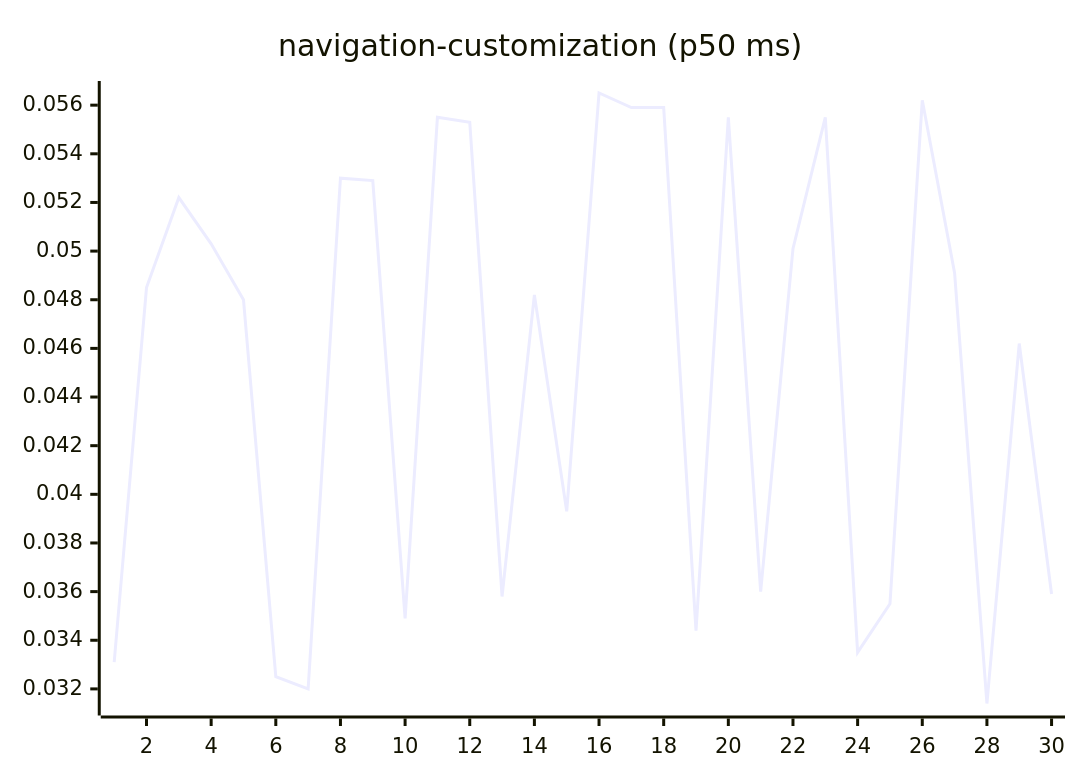
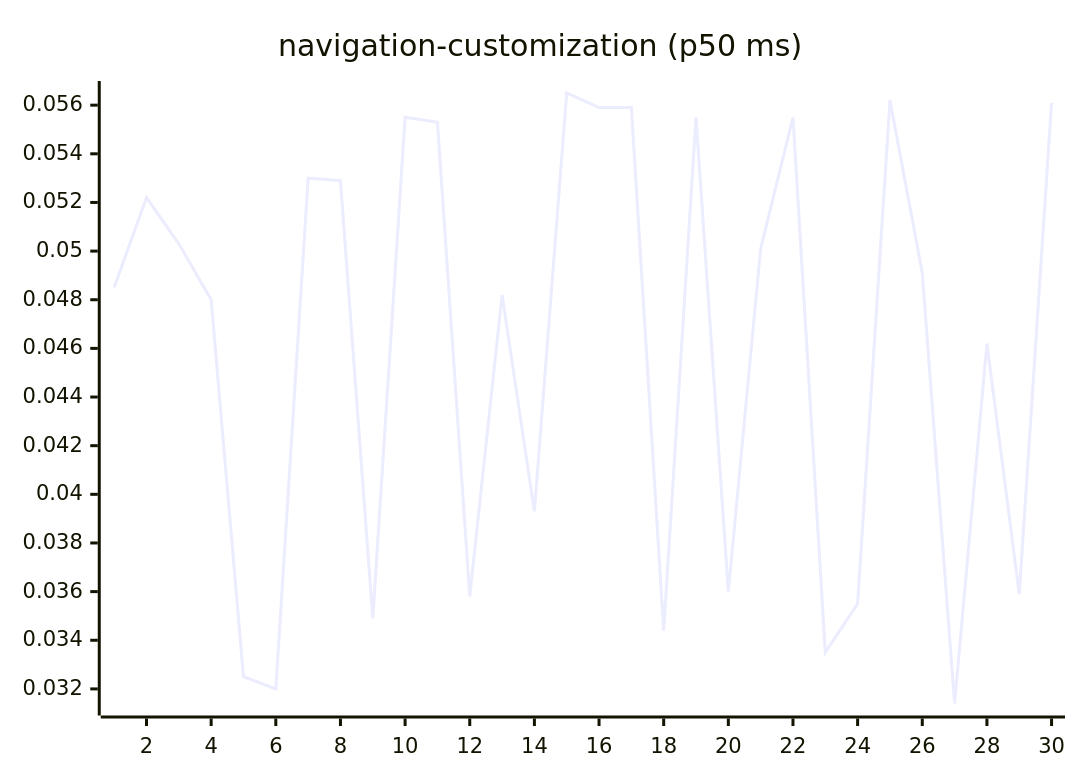
Before and after one commit to josha/Facet: diagram 15 of 27 in README.md, drawn with Mermaid. The commit also changed other lines of this file and 2 other files, not shown here.

````diff
--- a/README.md
+++ b/README.md
@@ -161,6 +161,6 @@
 ```mermaid
 xychart-beta
     title "navigation-customization (p50 ms)"
     x-axis 1 --> 30
-    line [0.0331, 0.0485, 0.0522, 0.0503, 0.0480, 0.0325, 0.0320, 0.0530, 0.0529, 0.0349, 0.0555, 0.0553, 0.0358, 0.0482, 0.0393, 0.0565, 0.0559, 0.0559, 0.0344, 0.0555, 0.0360, 0.0501, 0.0555, 0.0335, 0.0355, 0.0562, 0.0491, 0.0314, 0.0462, 0.0359]
+    line [0.0485, 0.0522, 0.0503, 0.0480, 0.0325, 0.0320, 0.0530, 0.0529, 0.0349, 0.0555, 0.0553, 0.0358, 0.0482, 0.0393, 0.0565, 0.0559, 0.0559, 0.0344, 0.0555, 0.0360, 0.0501, 0.0555, 0.0335, 0.0355, 0.0562, 0.0491, 0.0314, 0.0462, 0.0359, 0.0561]
 ```
````
